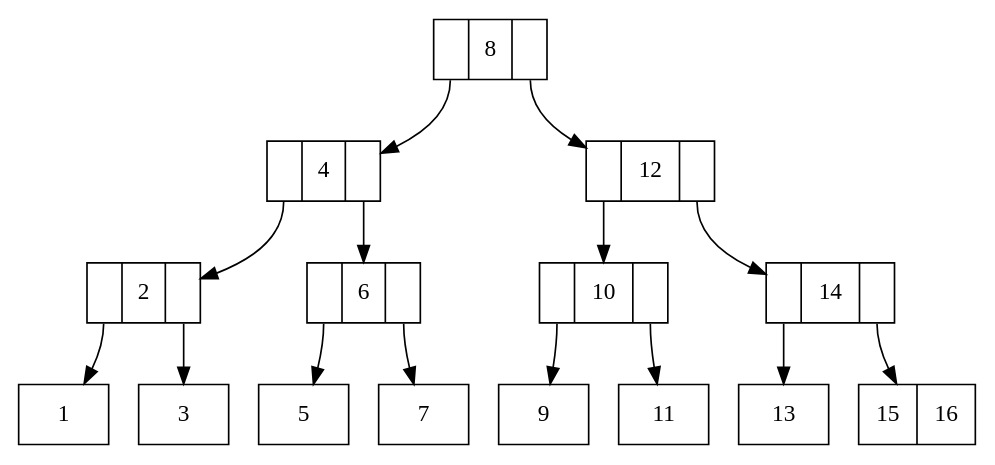
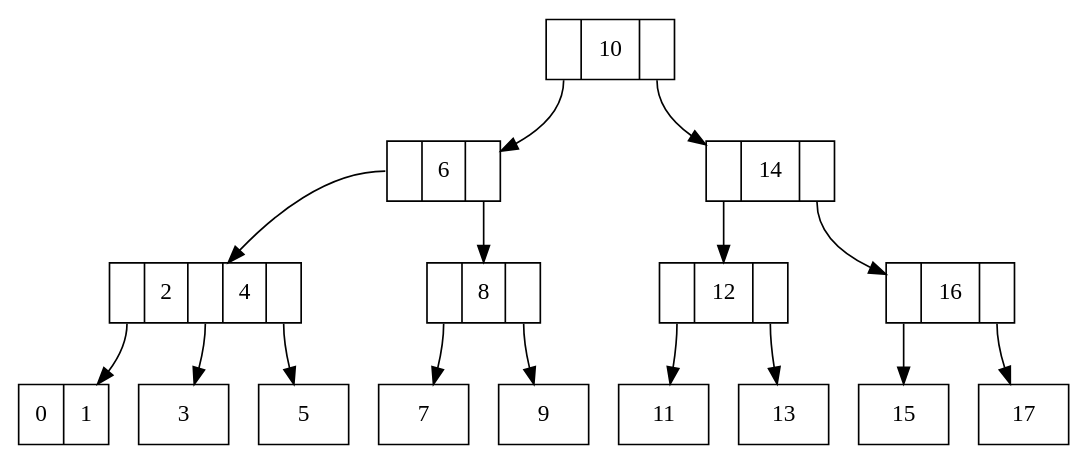
The diagram in Clase8/arbolB.dot (ARCG-prog/EDD_2S_2023), drawn with Graphviz before and after one commit. The commit also changed 7 other files, not shown here.

```diff
--- a/Clase8/arbolB.dot
+++ b/Clase8/arbolB.dot
@@ -1,31 +1,33 @@
 digraph arbol { 
-node[shape=record]R8[label="<C1>|8|<C2>"];
-R4[label="<C1>|4|<C2>"];
-R2[label="<C1>|2|<C2>"];
-R1[label="1"];
+node[shape=record]R10[label="<C1>|10|<C2>"];
+R6[label="<C1>|6|<C2>"];
+R2[label="<C1>|2|<C2>|4|<C3>"];
+R0[label="0|1"];
 R3[label="3"];
-R6[label="<C1>|6|<C2>"];
 R5[label="5"];
+R8[label="<C1>|8|<C2>"];
 R7[label="7"];
+R9[label="9"];
+R14[label="<C1>|14|<C2>"];
 R12[label="<C1>|12|<C2>"];
-R10[label="<C1>|10|<C2>"];
-R9[label="9"];
 R11[label="11"];
-R14[label="<C1>|14|<C2>"];
 R13[label="13"];
-R15[label="15|16"];
-R8:C1 -> R4;
-R4:C1 -> R2;
-R2:C1 -> R1;
+R16[label="<C1>|16|<C2>"];
+R15[label="15"];
+R17[label="17"];
+R10:C1 -> R6;
+R6:C1 -> R2;
+R2:C1 -> R0;
 R2:C2 -> R3;
-R4:C2 -> R6;
-R6:C1 -> R5;
-R6:C2 -> R7;
-R8:C2 -> R12;
-R12:C1 -> R10;
-R10:C1 -> R9;
-R10:C2 -> R11;
-R12:C2 -> R14;
-R14:C1 -> R13;
-R14:C2 -> R15;
+R2:C3 -> R5;
+R6:C2 -> R8;
+R8:C1 -> R7;
+R8:C2 -> R9;
+R10:C2 -> R14;
+R14:C1 -> R12;
+R12:C1 -> R11;
+R12:C2 -> R13;
+R14:C2 -> R16;
+R16:C1 -> R15;
+R16:C2 -> R17;
 }
```
